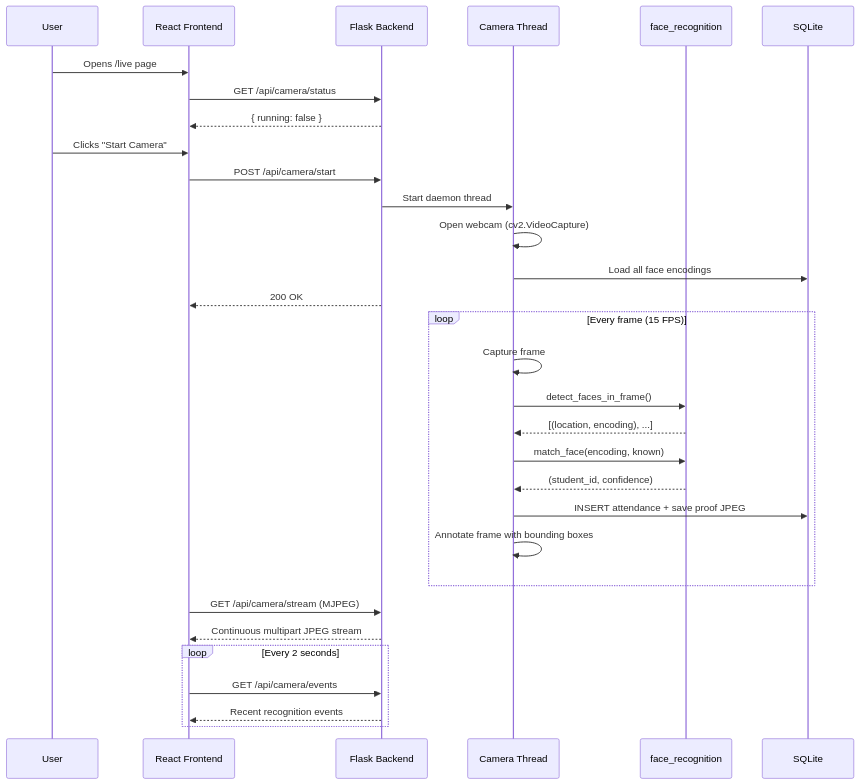
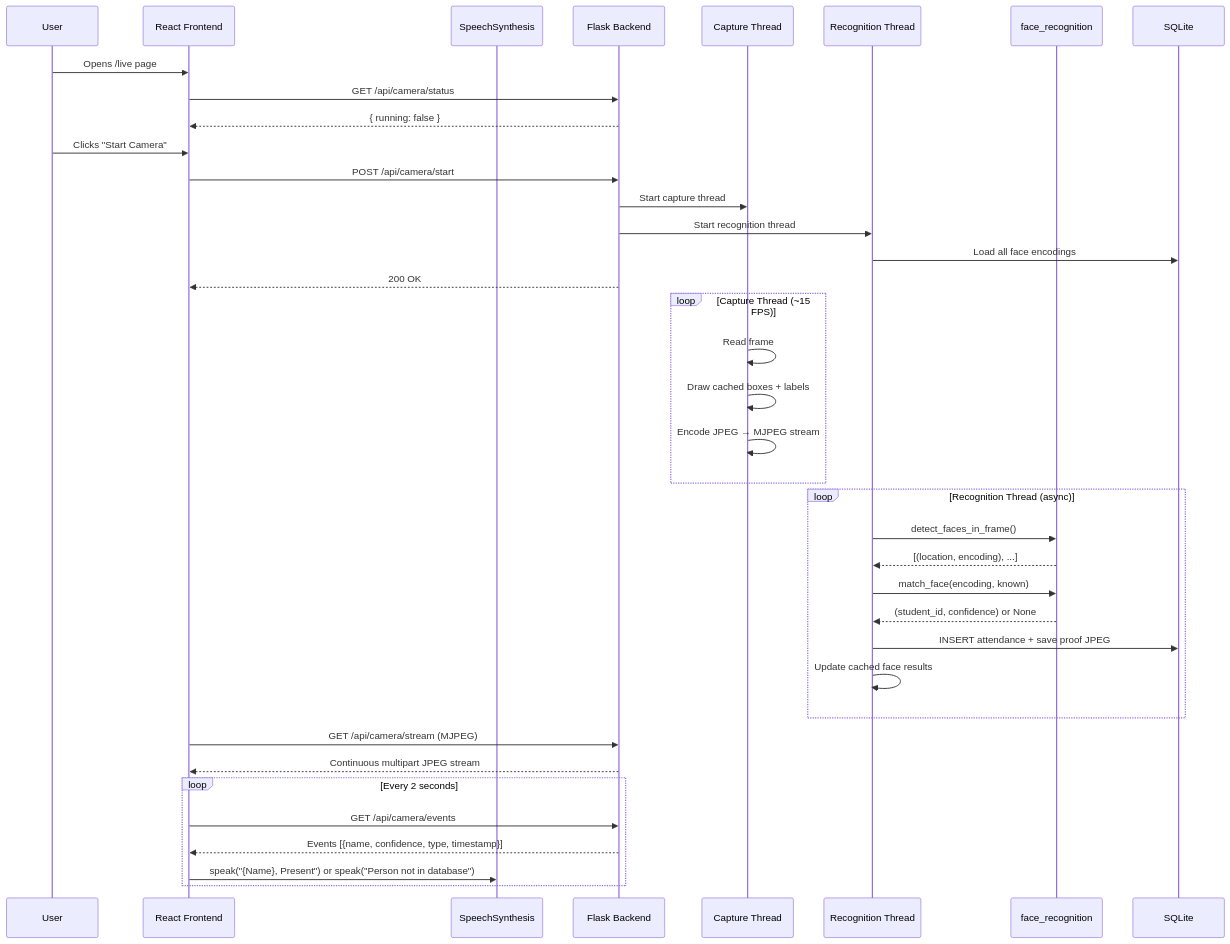
Before and after one commit to OmAgr241/face-attendance: the third of 6 diagrams in PROJECT_REPORT.md, drawn with Mermaid. The commit also changed other lines of this file and 1 other file, not shown here.

Commit message:
Update README and PROJECT_REPORT for v1.2: TTS, bounding boxes, two-thread camera, Excel exports, unknown detection

````diff
--- a/PROJECT_REPORT.md
+++ b/PROJECT_REPORT.md
@@ -105,37 +147,45 @@
 ```mermaid
 sequenceDiagram
     participant User
     participant React as React Frontend
+    participant TTS as SpeechSynthesis
     participant Flask as Flask Backend
-    participant Camera as Camera Thread
+    participant CaptureT as Capture Thread
+    participant RecogT as Recognition Thread
     participant FR as face_recognition
     participant DB as SQLite
 
     User->>React: Opens /live page
     React->>Flask: GET /api/camera/status
     Flask-->>React: { running: false }
     User->>React: Clicks "Start Camera"
     React->>Flask: POST /api/camera/start
-    Flask->>Camera: Start daemon thread
-    Camera->>Camera: Open webcam (cv2.VideoCapture)
-    Camera->>DB: Load all face encodings
+    Flask->>CaptureT: Start capture thread
+    Flask->>RecogT: Start recognition thread
+    RecogT->>DB: Load all face encodings
     Flask-->>React: 200 OK
-    
-    loop Every frame (15 FPS)
-        Camera->>Camera: Capture frame
-        Camera->>FR: detect_faces_in_frame()
-        FR-->>Camera: [(location, encoding), ...]
-        Camera->>FR: match_face(encoding, known)
-        FR-->>Camera: (student_id, confidence)
-        Camera->>DB: INSERT attendance + save proof JPEG
-        Camera->>Camera: Annotate frame with bounding boxes
+
+    loop Capture Thread (~15 FPS)
+        CaptureT->>CaptureT: Read frame
+        CaptureT->>CaptureT: Draw cached boxes + labels
+        CaptureT->>CaptureT: Encode JPEG → MJPEG stream
+    end
+
+    loop Recognition Thread (async)
+        RecogT->>FR: detect_faces_in_frame()
+        FR-->>RecogT: [(location, encoding), ...]
+        RecogT->>FR: match_face(encoding, known)
+        FR-->>RecogT: (student_id, confidence) or None
+        RecogT->>DB: INSERT attendance + save proof JPEG
+        RecogT->>RecogT: Update cached face results
     end
 
     React->>Flask: GET /api/camera/stream (MJPEG)
     Flask-->>React: Continuous multipart JPEG stream
-    
+
     loop Every 2 seconds
         React->>Flask: GET /api/camera/events
-        Flask-->>React: Recent recognition events
+        Flask-->>React: Events [{name, confidence, type, timestamp}]
+        React->>TTS: speak("{Name}, Present") or speak("Person not in database")
     end
 ```
````
